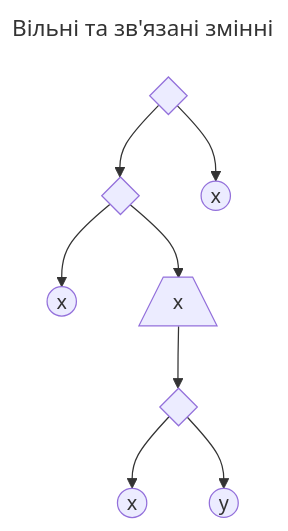
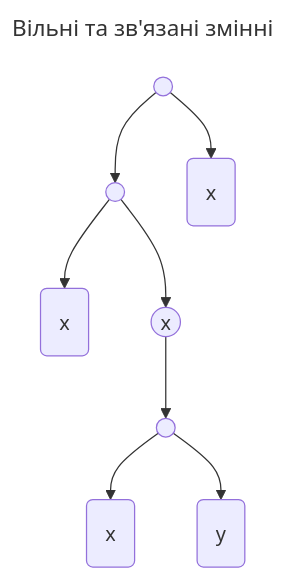
The second of 6 diagrams in Lectures/lecture-2.md (gzholtkevych/CertifiedProgramming), drawn with Mermaid before and after one commit.

````diff
--- a/Lectures/lecture-2.md
+++ b/Lectures/lecture-2.md
@@ -62,13 +62,13 @@
 ```mermaid
 ---
 title: Вільні та зв'язані змінні
 ---
 graph TD
-    A{ } --> B{ }
-    A --> C((x))
-    B --> D((x))
-    B --> E[/x\]
-    E --> F{ }
-    F --> G((x))
-    F --> H((y))
+    A(( )) --> B(( ))
+    A --> C(x)
+    B --> D(x)
+    B --> E((x))
+    E --> F(( ))
+    F --> G(x)
+    F --> H(y)
 ```
````
